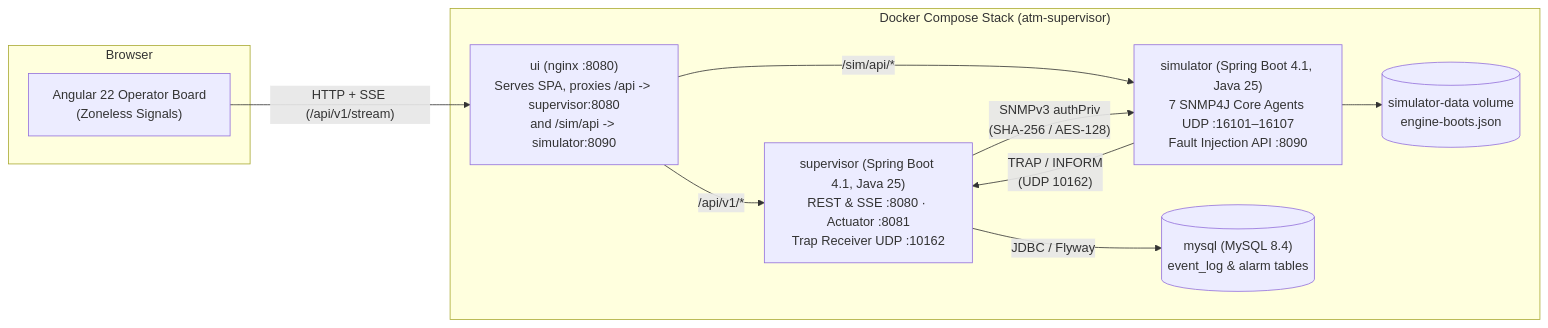
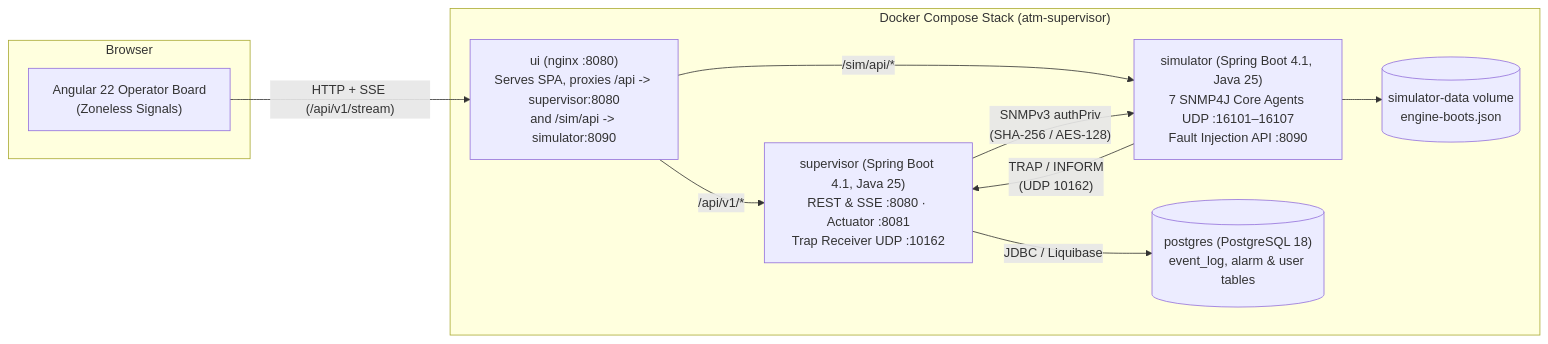
Before and after one commit to selvitopu/atm_superviser: the second of 4 diagrams in docs/architecture.md, drawn with Mermaid. The commit also changed other lines of this file and 9 other files, not shown here.

First line of the commit message:
Describe the PostgreSQL and Liquibase persistence in the docs.

````diff
--- a/docs/architecture.md
+++ b/docs/architecture.md
@@ -25,22 +25,22 @@
 ```mermaid
 flowchart LR
     subgraph Browser["Browser"]
         SPA["Angular 22 Operator Board<br/>(Zoneless Signals)"]
     end
 
     subgraph Compose["Docker Compose Stack (atm-supervisor)"]
         UI["ui (nginx :8080)<br/>Serves SPA, proxies /api -> supervisor:8080<br/>and /sim/api -> simulator:8090"]
         SUP["supervisor (Spring Boot 4.1, Java 25)<br/>REST & SSE :8080 · Actuator :8081<br/>Trap Receiver UDP :10162"]
         SIM["simulator (Spring Boot 4.1, Java 25)<br/>7 SNMP4J Core Agents UDP :16101–16107<br/>Fault Injection API :8090"]
-        DB[("mysql (MySQL 8.4)<br/>event_log & alarm tables")]
+        DB[("postgres (PostgreSQL 18)<br/>event_log, alarm & user tables")]
         VOL[("simulator-data volume<br/>engine-boots.json")]
     end
 
     SPA -->|"HTTP + SSE (/api/v1/stream)"| UI
     UI -->|"/api/v1/*"| SUP
     UI -->|"/sim/api/*"| SIM
     SUP -->|"SNMPv3 authPriv<br/>(SHA-256 / AES-128)"| SIM
     SIM -->|"TRAP / INFORM<br/>(UDP 10162)"| SUP
-    SUP -->|"JDBC / Flyway"| DB
+    SUP -->|"JDBC / Liquibase"| DB
     SIM --> VOL
 ```
````
